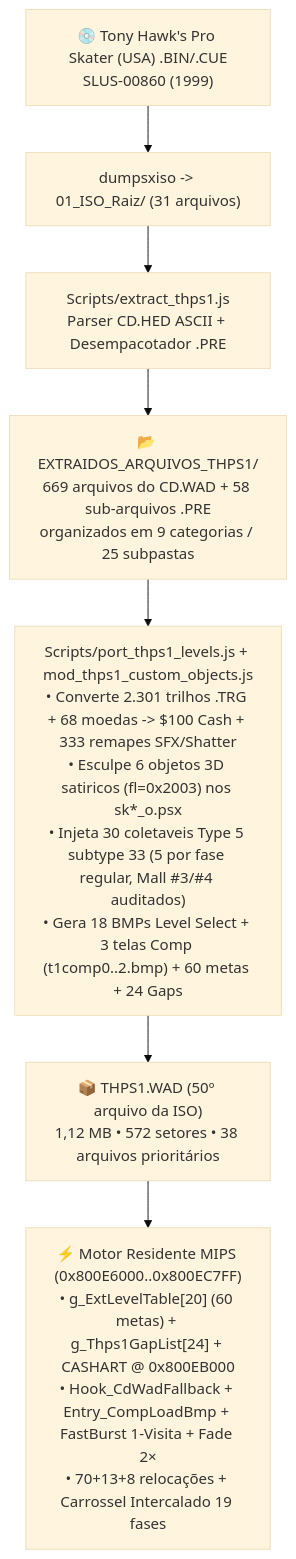
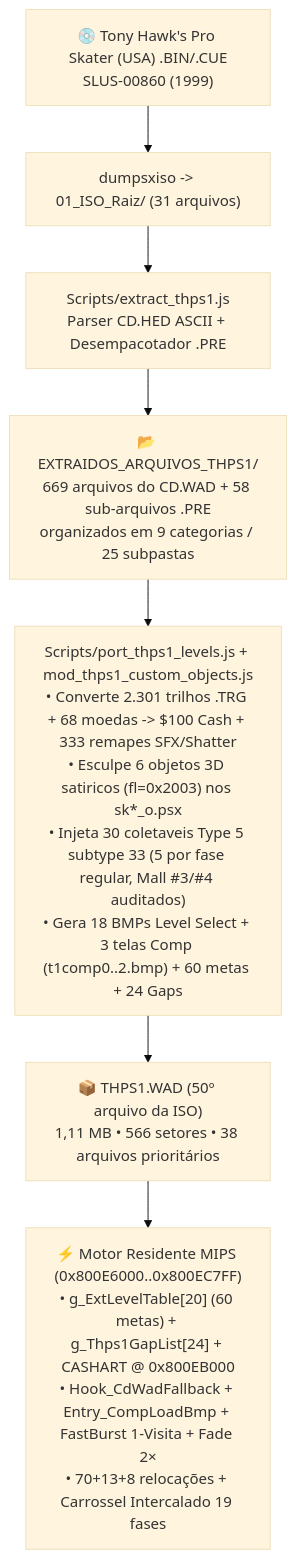
The diagram in Docs/MAPA_14_THPS1_ARQUIVOS_E_ENGENHARIA_REVERSA.md (WagnerxOliveira/Tony_Hawk-s_Pro_Skater_2_Mod_PSX), drawn with Mermaid (base theme) before and after one commit. The commit also changed other lines of this file and 11 other files, not shown here.

````diff
--- a/Docs/MAPA_14_THPS1_ARQUIVOS_E_ENGENHARIA_REVERSA.md
+++ b/Docs/MAPA_14_THPS1_ARQUIVOS_E_ENGENHARIA_REVERSA.md
@@ -24,9 +24,9 @@
 ```mermaid
 flowchart TB
     ISO["💿 Tony Hawk's Pro Skater (USA) .BIN/.CUE<br/>SLUS-00860 (1999)"] --> DUMP["dumpsxiso -> 01_ISO_Raiz/ (31 arquivos)"]
     DUMP --> EXT["Scripts/extract_thps1.js<br/>Parser CD.HED ASCII + Desempacotador .PRE"]
     EXT --> TREE["📂 EXTRAIDOS_ARQUIVOS_THPS1/<br/>669 arquivos do CD.WAD + 58 sub-arquivos .PRE<br/>organizados em 9 categorias / 25 subpastas"]
     TREE --> PORT["Scripts/port_thps1_levels.js + mod_thps1_custom_objects.js<br/>• Converte 2.301 trilhos .TRG + 68 moedas -> $100 Cash + 333 remapes SFX/Shatter<br/>• Esculpe 6 objetos 3D satiricos (fl=0x2003) nos sk*_o.psx<br/>• Injeta 30 coletaveis Type 5 subtype 33 (5 por fase regular, Mall #3/#4 auditados)<br/>• Gera 18 BMPs Level Select + 3 telas Comp (t1comp0..2.bmp) + 60 metas + 24 Gaps"]
-    PORT --> WAD["📦 THPS1.WAD (50º arquivo da ISO)<br/>1,12 MB • 572 setores • 38 arquivos prioritários"]
+    PORT --> WAD["📦 THPS1.WAD (50º arquivo da ISO)<br/>1,11 MB • 566 setores • 38 arquivos prioritários"]
     WAD --> ENG["⚡ Motor Residente MIPS (0x800E6000..0x800EC7FF)<br/>• g_ExtLevelTable[20] (60 metas) + g_Thps1GapList[24] + CASHART @ 0x800EB000<br/>• Hook_CdWadFallback + Entry_CompLoadBmp + FastBurst 1-Visita + Fade 2×<br/>• 70+13+8 relocações + Carrossel Intercalado 19 fases"]
 ```
````
